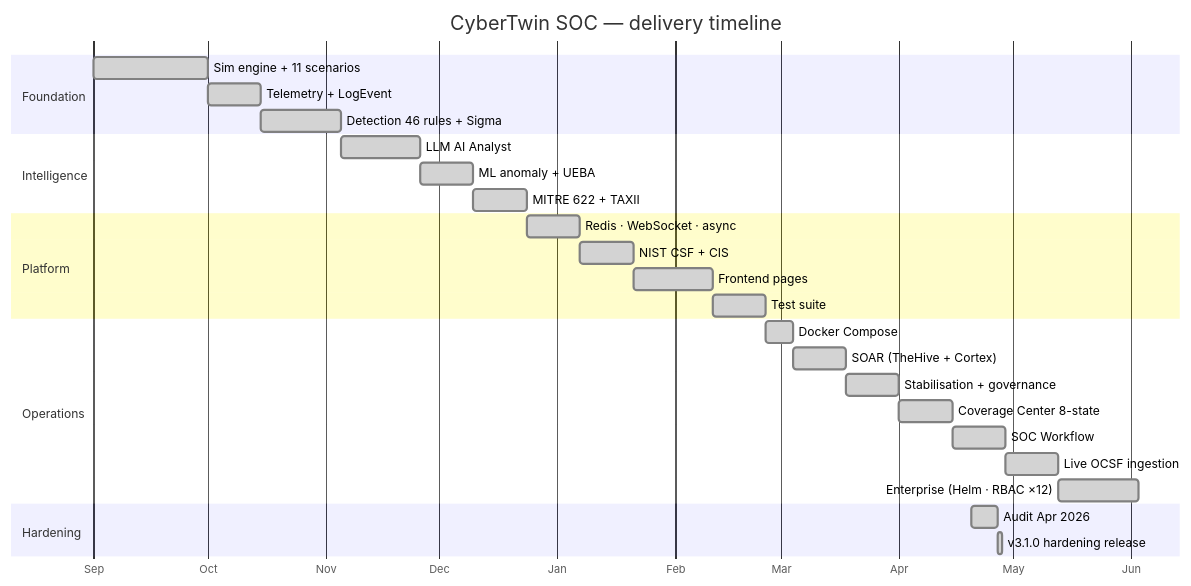
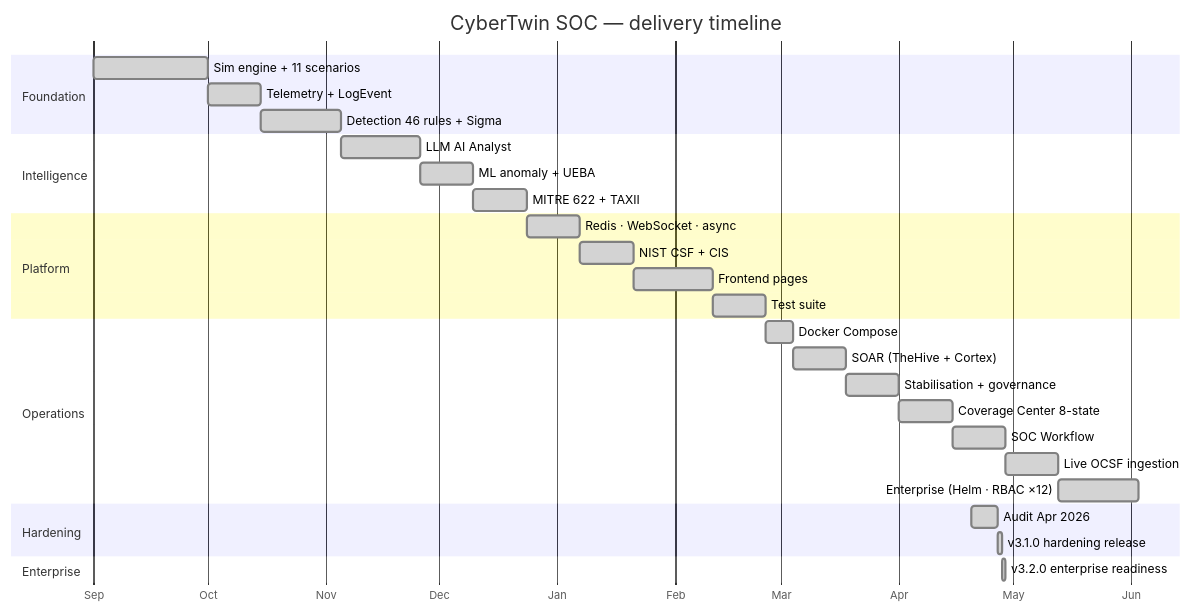
Before and after one commit to omarbabba779xx/CyberTwin-SOC: diagram 19 of 19 in README.md, drawn with Mermaid. The commit also changed other lines of this file, not shown here.

First line of the commit message:
docs(readme): update for v3.2.0 enterprise readiness release

````diff
--- a/README.md
+++ b/README.md
@@ -1237,30 +1275,32 @@
 ```mermaid
 gantt
     title CyberTwin SOC — delivery timeline
     dateFormat YYYY-MM-DD
     axisFormat %b
     section Foundation
     Sim engine + 11 scenarios     :done, p1, 2025-09-01, 30d
     Telemetry + LogEvent          :done, p2, after p1, 14d
     Detection 46 rules + Sigma    :done, p3, after p2, 21d
     section Intelligence
     LLM AI Analyst                :done, p4, after p3, 21d
     ML anomaly + UEBA             :done, p5, after p4, 14d
     MITRE 622 + TAXII             :done, p6, after p5, 14d
     section Platform
     Redis · WebSocket · async     :done, p7, after p6, 14d
     NIST CSF + CIS                :done, p8, after p7, 14d
     Frontend pages                :done, p9, after p8, 21d
     Test suite                    :done, p10, after p9, 14d
     section Operations
     Docker Compose                :done, p11, after p10, 7d
     SOAR (TheHive + Cortex)       :done, p12, after p11, 14d
     Stabilisation + governance    :done, p13, after p12, 14d
     Coverage Center 8-state       :done, p14, after p13, 14d
     SOC Workflow                  :done, p15, after p14, 14d
     Live OCSF ingestion           :done, p16, after p15, 14d
     Enterprise (Helm · RBAC ×12)  :done, p17, after p16, 21d
     section Hardening
     Audit Apr 2026                :done, p18, 2026-04-20, 7d
     v3.1.0 hardening release      :done, p19, 2026-04-27, 1d
+    section Enterprise
+    v3.2.0 enterprise readiness   :done, p20, 2026-04-28, 1d
 ```
````
